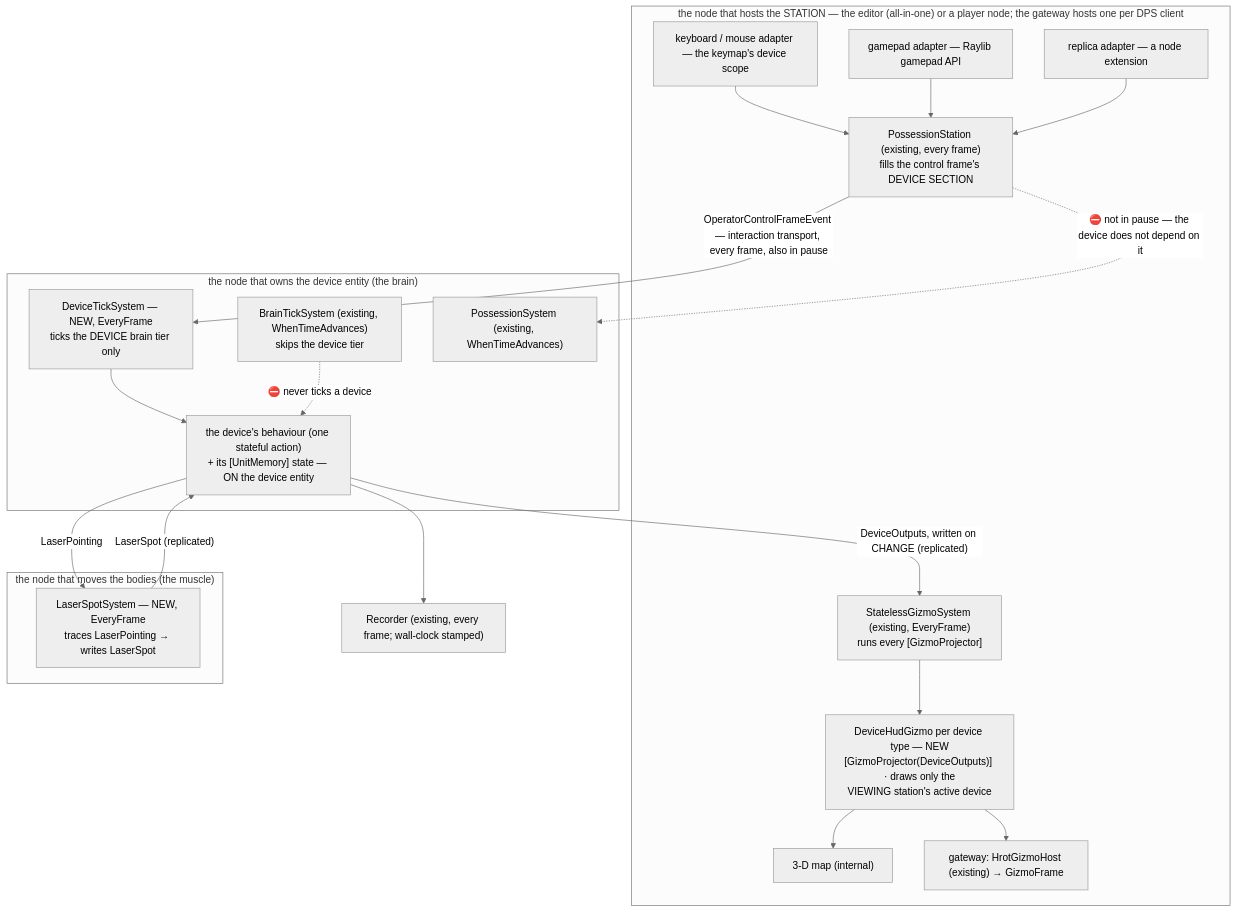
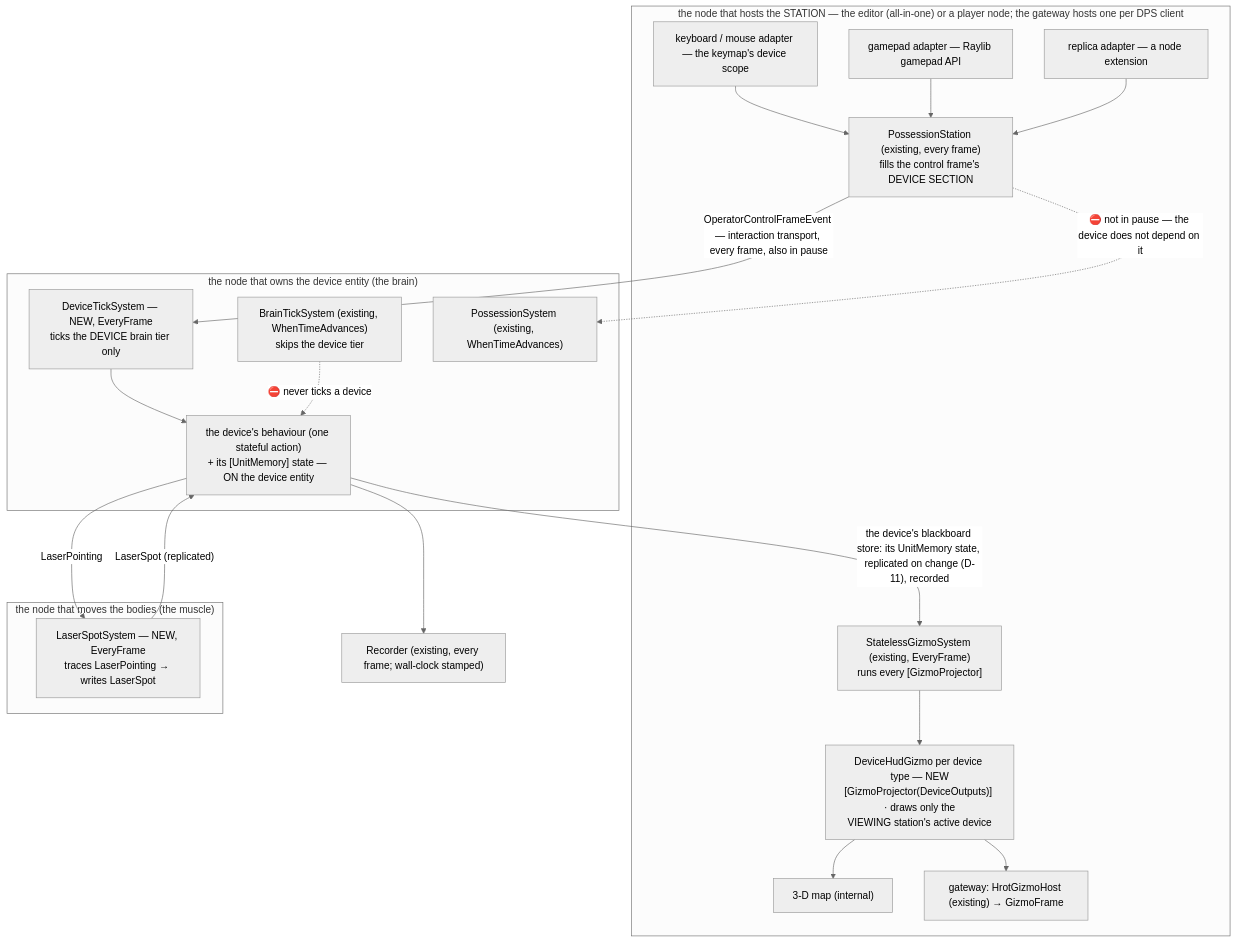
One commit to pjanec/HROT changed the first of 6 diagrams in docs/designs/devices/DESIGN_Simulated_Devices.md. Above: the diagram before and after it, drawn with Mermaid (neutral theme). The commit also changed other lines of this file, not shown here.

First line of the commit message:
devices design rev 5 (§3i): the HUD projector reads the device's full UnitMemory state; the device entity's blackboard store replicated; panel outputs and checks projected locally

````diff
--- a/docs/designs/devices/DESIGN_Simulated_Devices.md
+++ b/docs/designs/devices/DESIGN_Simulated_Devices.md
@@ -71,37 +71,37 @@
 ```mermaid
 graph TD
   subgraph STATION["the node that hosts the STATION — the editor (all-in-one) or a player node; the gateway hosts one per DPS client"]
     KM["keyboard / mouse adapter — the keymap's device scope"]
     PAD["gamepad adapter — Raylib gamepad API"]
     REP["replica adapter — a node extension"]
     PS["PossessionStation (existing, every frame)<br/>fills the control frame's DEVICE SECTION"]
     SGS["StatelessGizmoSystem (existing, EveryFrame)<br/>runs every [GizmoProjector]"]
     HUDP["DeviceHudGizmo per device type — NEW<br/>[GizmoProjector(DeviceOutputs)] · draws only the<br/>VIEWING station's active device"]
     MAP["3-D map (internal)"]
     GW["gateway: HrotGizmoHost (existing) → GizmoFrame"]
   end
   subgraph BRAIN["the node that owns the device entity (the brain)"]
     DTS["DeviceTickSystem — NEW, EveryFrame<br/>ticks the DEVICE brain tier only"]
     DB["the device's behaviour (one stateful action)<br/>+ its [UnitMemory] state — ON the device entity"]
     BTS["BrainTickSystem (existing, WhenTimeAdvances)<br/>skips the device tier"]
     POS["PossessionSystem (existing, WhenTimeAdvances)"]
   end
   subgraph MUSCLE["the node that moves the bodies (the muscle)"]
     LSS["LaserSpotSystem — NEW, EveryFrame<br/>traces LaserPointing → writes LaserSpot"]
   end
   REC["Recorder (existing, every frame; wall-clock stamped)"]
   KM --> PS
   PAD --> PS
   REP --> PS
   PS -->|"OperatorControlFrameEvent — interaction transport, every frame, also in pause"| DTS
   DTS --> DB
-  DB -->|"DeviceOutputs, written on CHANGE (replicated)"| SGS
+  DB -->|"the device's blackboard store: its UnitMemory state, replicated on change (D-11), recorded"| SGS
   DB -->|"LaserPointing"| LSS
   LSS -->|"LaserSpot (replicated)"| DB
   SGS --> HUDP
   HUDP --> MAP
   HUDP --> GW
   DB --> REC
   PS -.->|"⛔ not in pause — the device does not depend on it"| POS
   BTS -.->|"⛔ never ticks a device"| DB
 ```
````
